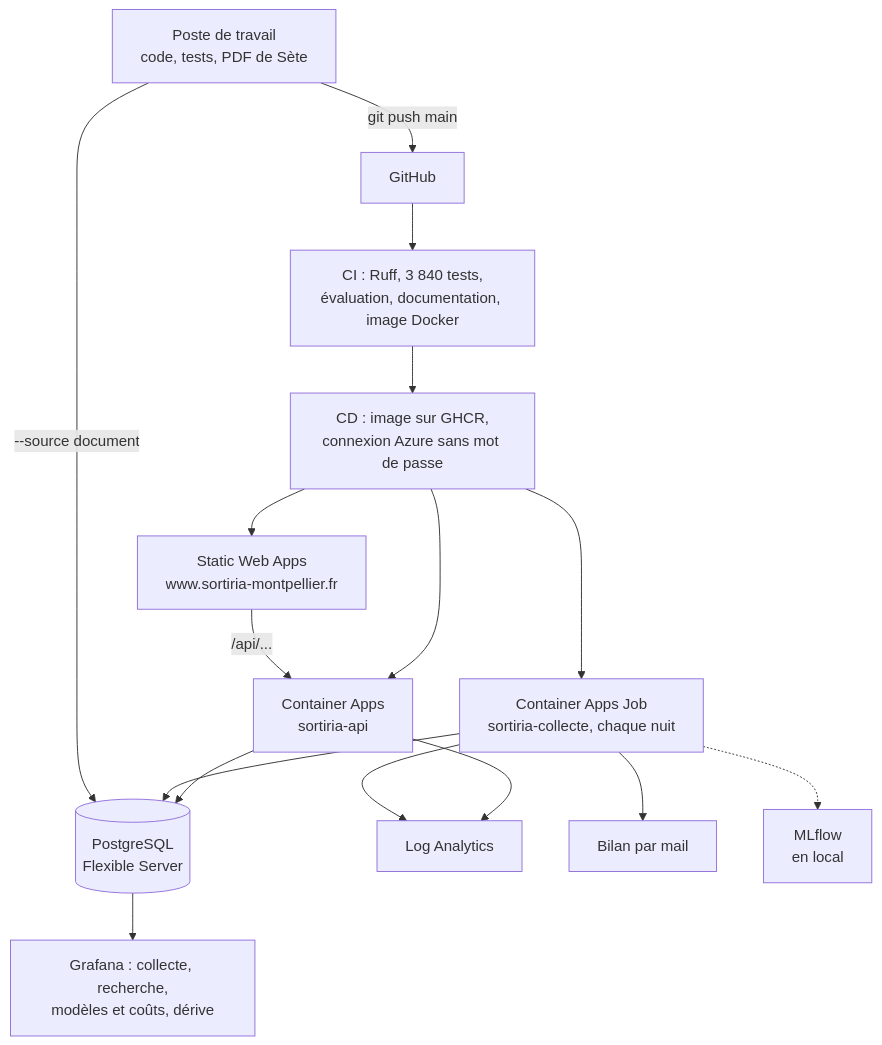
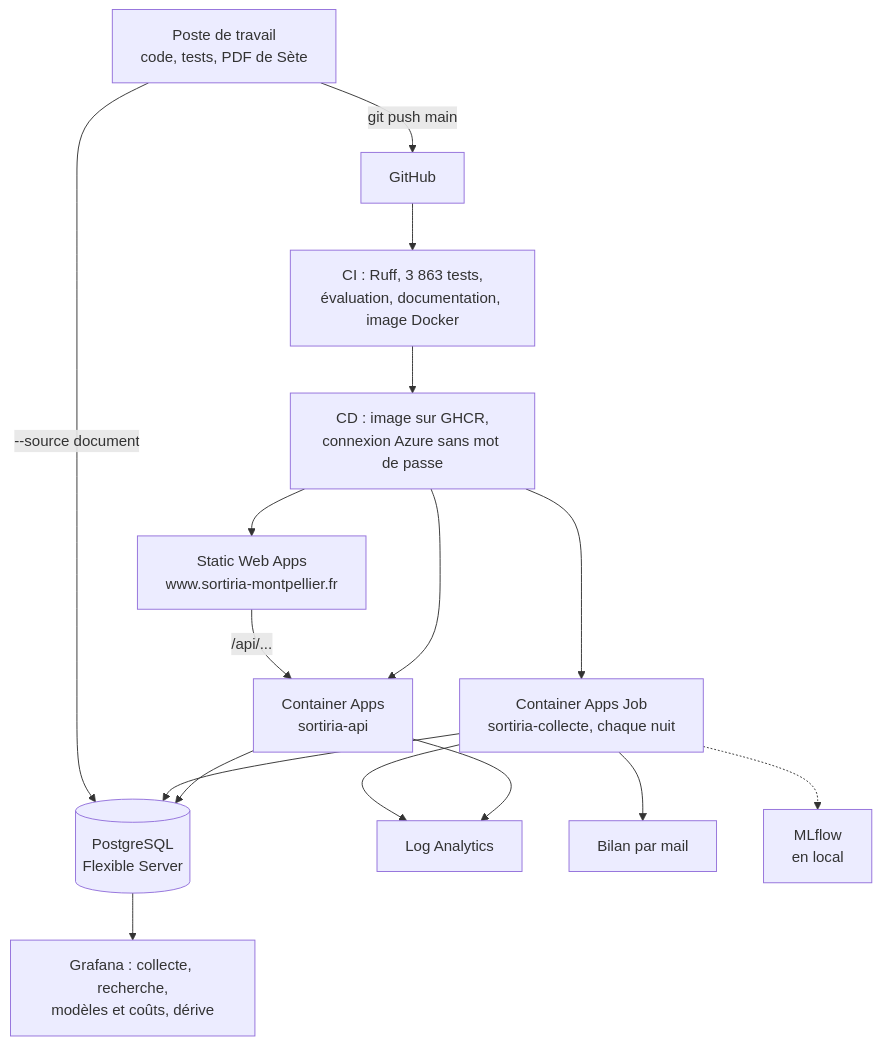
The second of 2 diagrams in docs/architecture.md (gonzalezcourrier34-glitch/SortirIA), drawn with Mermaid before and after one commit. The commit also changed other lines of this file and 25 other files, not shown here.

````diff
--- a/docs/architecture.md
+++ b/docs/architecture.md
@@ -50,17 +50,17 @@
 ```mermaid
 flowchart TB
     Dev[Poste de travail<br/>code, tests, PDF de Sète] -->|git push main| GH[GitHub]
-    GH --> CI[CI : Ruff, 3 840 tests,<br/>évaluation, documentation, image Docker]
+    GH --> CI[CI : Ruff, 3 863 tests,<br/>évaluation, documentation, image Docker]
     CI --> CD[CD : image sur GHCR,<br/>connexion Azure sans mot de passe]
     CD --> API[Container Apps<br/>sortiria-api]
     CD --> JOB[Container Apps Job<br/>sortiria-collecte, chaque nuit]
     CD --> SWA[Static Web Apps<br/>www.sortiria-montpellier.fr]
     SWA -->|/api/...| API
     API --> PG[(PostgreSQL<br/>Flexible Server)]
     JOB --> PG
     API & JOB --> LA[Log Analytics]
     JOB --> MAIL[Bilan par mail]
     PG --> GR[Grafana : collecte, recherche,<br/>modèles et coûts, dérive]
     JOB -.-> ML[MLflow<br/>en local]
     Dev -->|--source document| PG
 ```
````
